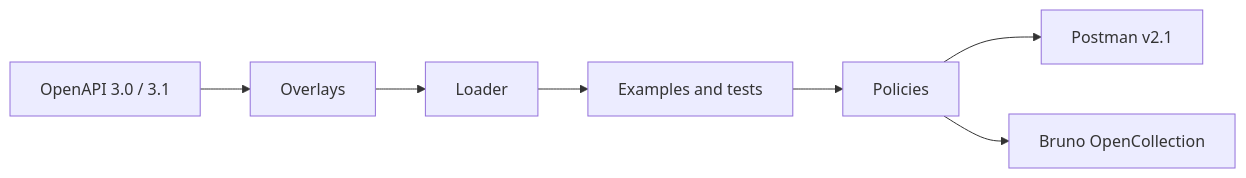
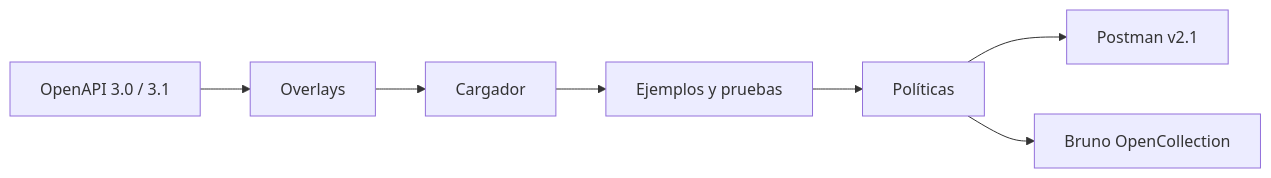
One commit to abitech-dev/abitech-openchasqui-cli changed the diagram in README.md. Above: the diagram before and after it, drawn with Mermaid. The commit also changed other lines of this file and 14 other files, not shown here.

````diff
--- a/README.md
+++ b/README.md
@@ -69,9 +70,9 @@
 ```mermaid
 flowchart LR
   A[OpenAPI 3.0 / 3.1] --> B[Overlays]
-  B --> C[Loader]
-  C --> D[Examples and tests]
-  D --> E[Policies]
+  B --> C[Cargador]
+  C --> D[Ejemplos y pruebas]
+  D --> E[Políticas]
   E --> F[Postman v2.1]
   E --> G[Bruno OpenCollection]
 ```
````
